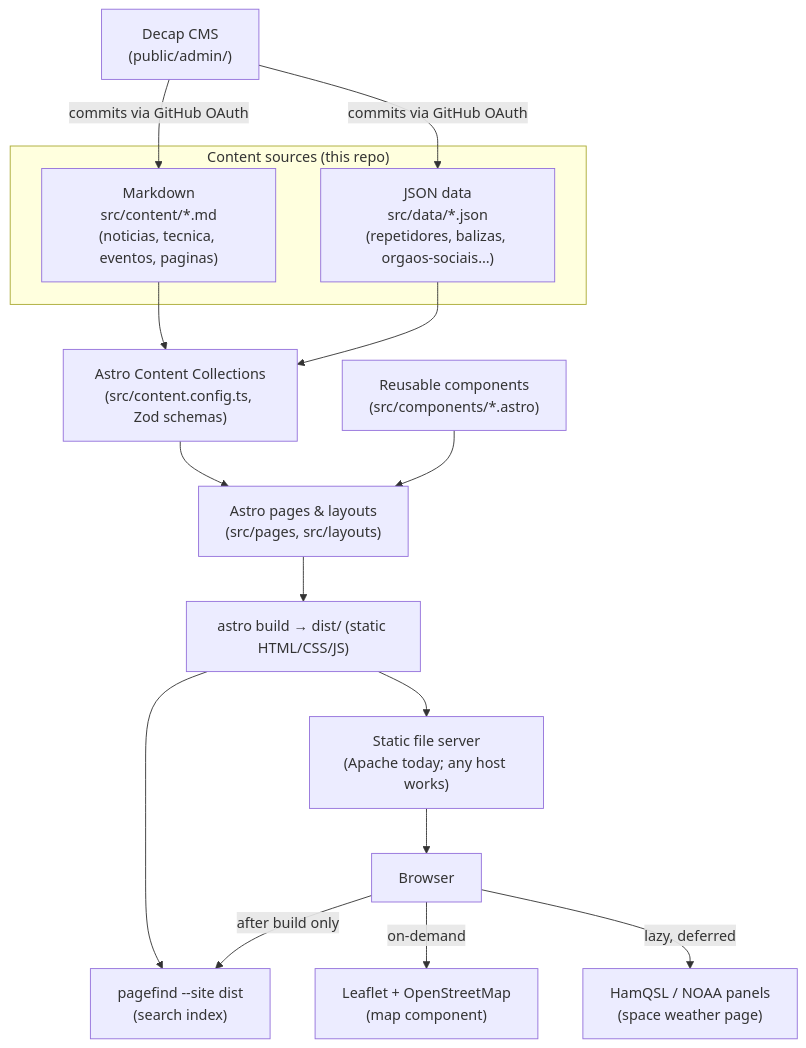
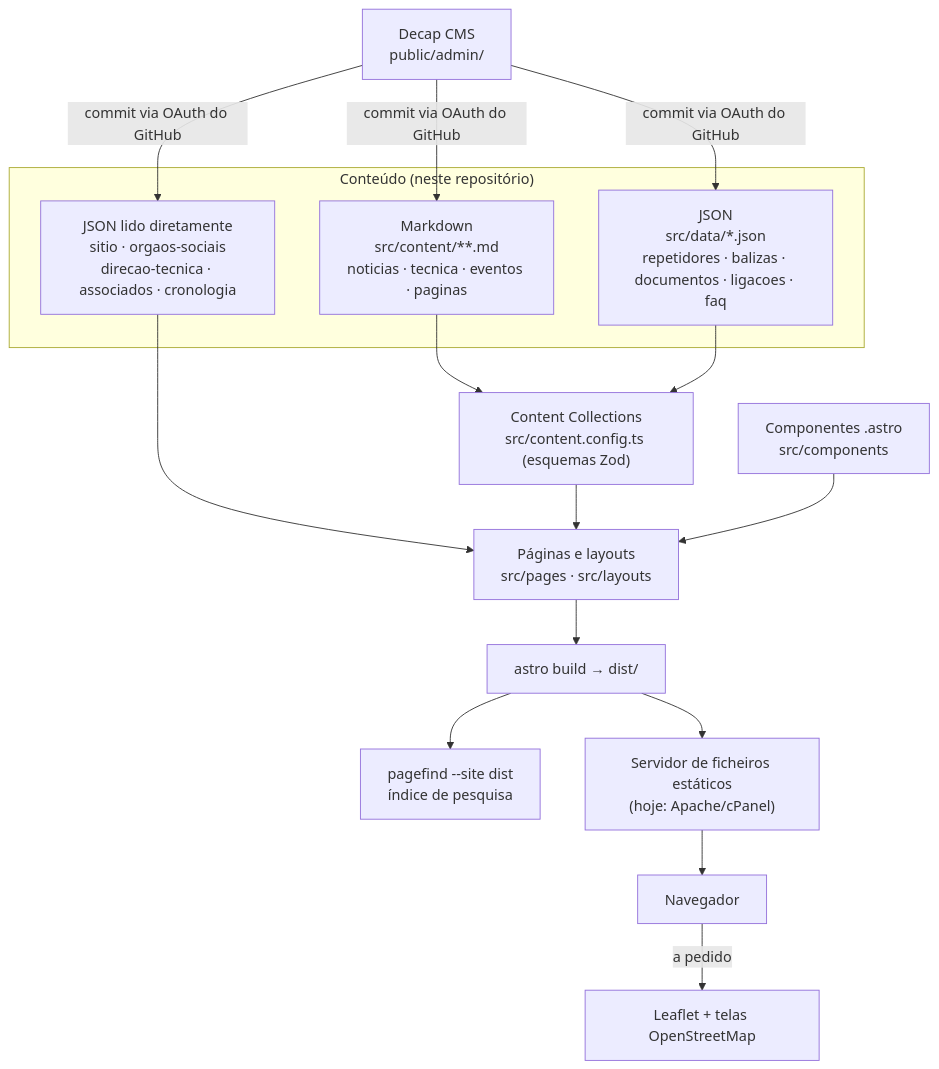
Before and after one commit to themantas1994/arla-site: the diagram in README.md, drawn with Mermaid. The commit also changed other lines of this file and 53 other files, not shown here.

````diff
--- a/README.md
+++ b/README.md
@@ -60,26 +88,24 @@
 ```mermaid
 flowchart TD
-    subgraph Content["Content sources (this repo)"]
-        MD["Markdown\nsrc/content/*.md\n(noticias, tecnica, eventos, paginas)"]
-        JSON["JSON data\nsrc/data/*.json\n(repetidores, balizas, orgaos-sociais…)"]
+    subgraph Fontes["Conteúdo (neste repositório)"]
+        MD["Markdown<br>src/content/**.md<br>noticias · tecnica · eventos · paginas"]
+        JSON["JSON<br>src/data/*.json<br>repetidores · balizas · documentos · ligacoes · faq"]
+        DIRETO["JSON lido diretamente<br>sitio · orgaos-sociais<br>direcao-tecnica · associados · cronologia"]
     end
 
-    CMS["Decap CMS\n(public/admin/)"] -->|commits via GitHub OAuth| MD
-    CMS -->|commits via GitHub OAuth| JSON
+    CMS["Decap CMS<br>public/admin/"] -->|commit via OAuth do GitHub| MD
+    CMS -->|commit via OAuth do GitHub| JSON
+    CMS -->|commit via OAuth do GitHub| DIRETO
 
-    MD --> Collections["Astro Content Collections\n(src/content.config.ts, Zod schemas)"]
-    JSON --> Collections
+    MD --> Colecoes["Content Collections<br>src/content.config.ts (esquemas Zod)"]
+    JSON --> Colecoes
+    DIRETO --> Paginas
+    Colecoes --> Paginas["Páginas e layouts<br>src/pages · src/layouts"]
+    Componentes["Componentes .astro<br>src/components"] --> Paginas
 
-    Collections --> Pages["Astro pages & layouts\n(src/pages, src/layouts)"]
-    Components["Reusable components\n(src/components/*.astro)"] --> Pages
-
-    Pages --> Build["astro build → dist/ (static HTML/CSS/JS)"]
-    Build --> Pagefind["pagefind --site dist\n(search index)"]
-
-    Build --> Server["Static file server\n(Apache today; any host works)"]
-    Server --> Browser["Browser"]
-
-    Browser -->|on-demand| Leaflet["Leaflet + OpenStreetMap\n(map component)"]
-    Browser -->|after build only| Pagefind
-    Browser -->|lazy, deferred| External["HamQSL / NOAA panels\n(space weather page)"]
+    Paginas --> Build["astro build → dist/"]
+    Build --> Pagefind["pagefind --site dist<br>índice de pesquisa"]
+    Build --> Servidor["Servidor de ficheiros estáticos<br>(hoje: Apache/cPanel)"]
+    Servidor --> Navegador["Navegador"]
+    Navegador -->|a pedido| Leaflet["Leaflet + telas OpenStreetMap"]
 ```
````
